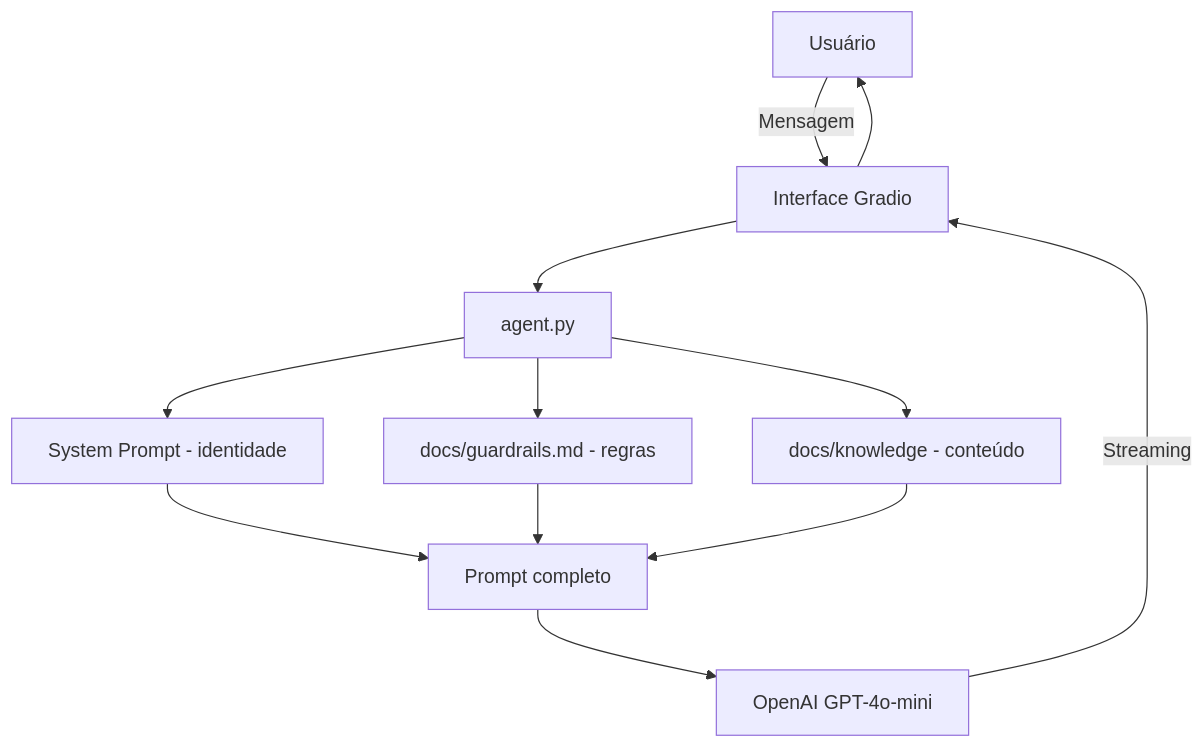
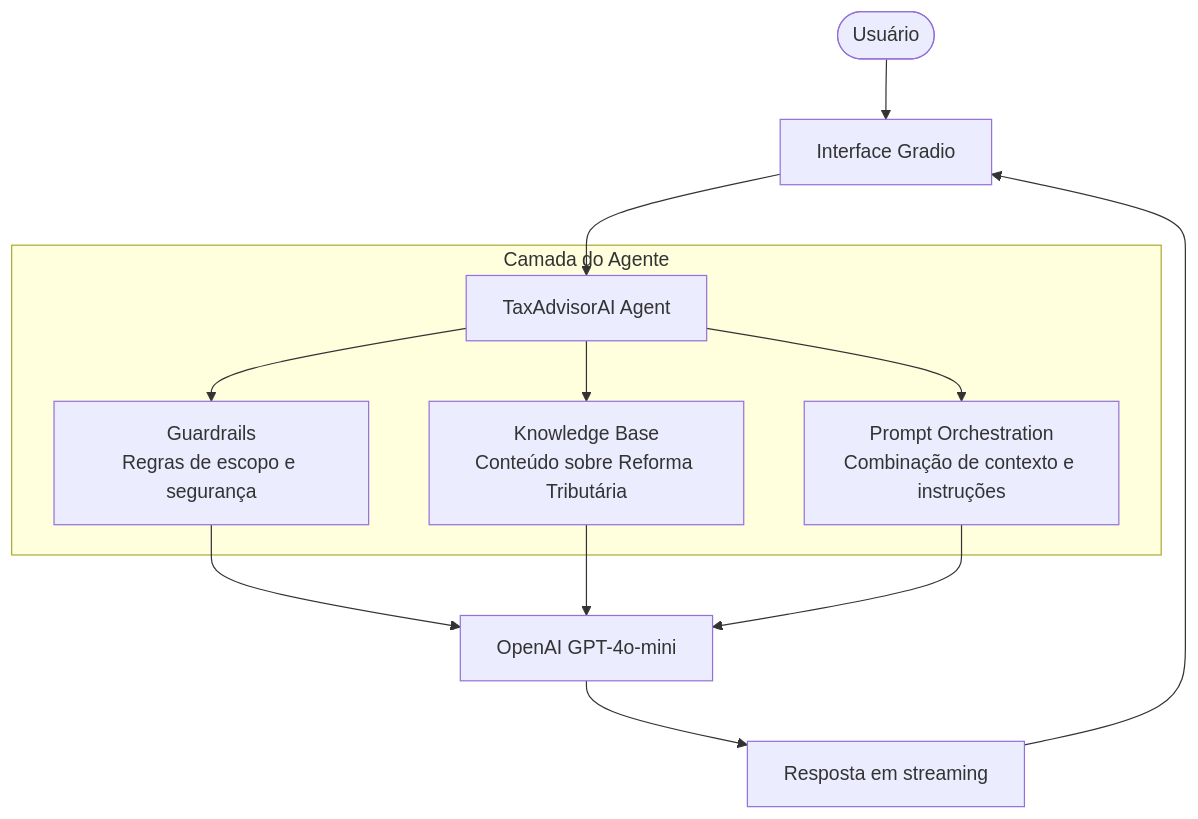
The diagram in docs/01-documentacao-agente.md (artemixxcm/TributAI), drawn with Mermaid before and after one commit. The commit also changed other lines of this file, not shown here.

Commit message:
Fix typos and improve clarity in documentation

````diff
--- a/docs/01-documentacao-agente.md
+++ b/docs/01-documentacao-agente.md
@@ -51,12 +53,18 @@
 ```mermaid
 flowchart TD
-    U[Usuário] -->|Mensagem| G[Interface Gradio]
-    G --> A[agent.py]
-    A --> S[System Prompt - identidade]
-    A --> R[docs/guardrails.md - regras]
-    A --> K[docs/knowledge - conteúdo]
-    S & R & K --> P[Prompt completo]
-    P --> O[OpenAI GPT-4o-mini]
-    O -->|Streaming| G
-    G --> U
+    A([Usuário]) --> B[Interface Gradio]
+    B --> C[TaxAdvisorAI Agent]
+
+    subgraph Agent["Camada do Agente"]
+        C --> D[Guardrails<br/>Regras de escopo e segurança]
+        C --> E[Knowledge Base<br/>Conteúdo sobre Reforma Tributária]
+        C --> F[Prompt Orchestration<br/>Combinação de contexto e instruções]
+    end
+
+    D --> G[OpenAI GPT-4o-mini]
+    E --> G
+    F --> G
+
+    G --> H[Resposta em streaming]
+    H --> B
 ```
````
